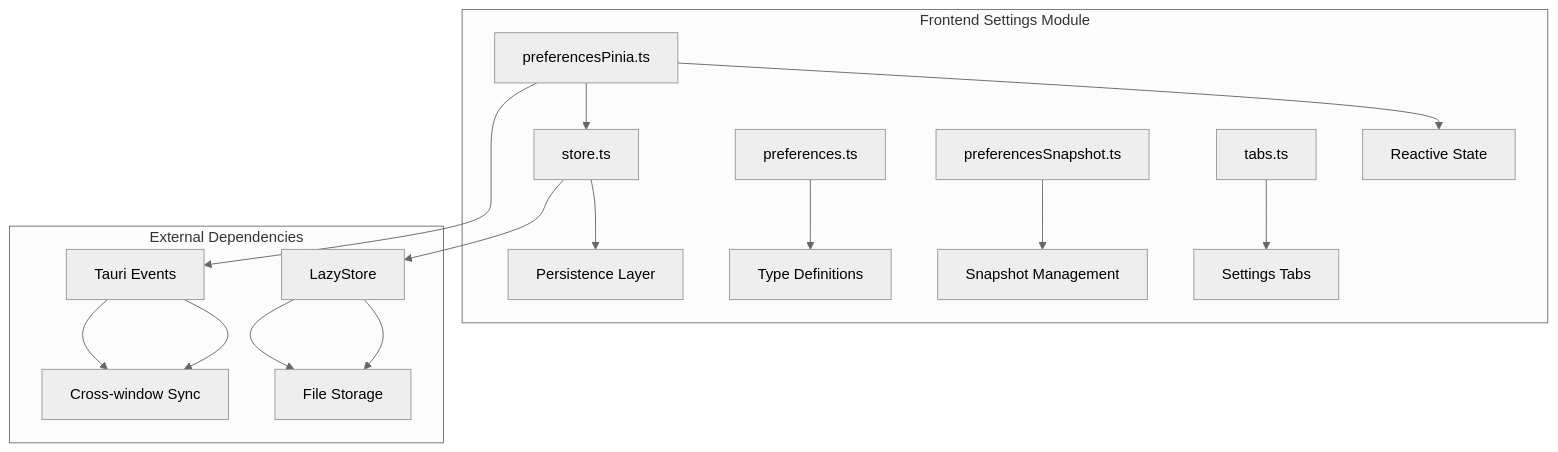
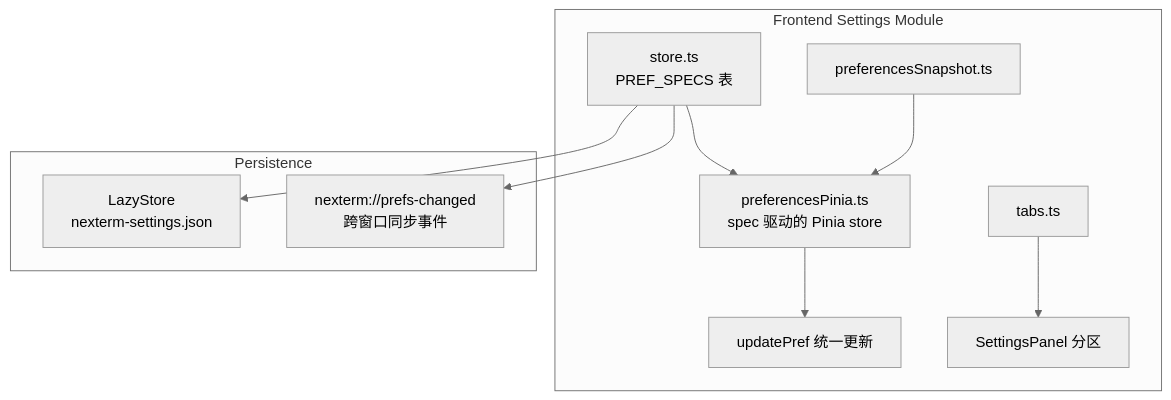
One commit to xinggaoya/nexterm changed the diagram in docs/architecture/settings/detailed-design.md. Above: the diagram before and after it, drawn with Mermaid (neutral theme). The commit also changed other lines of this file and 15 other files, not shown here.

First line of the commit message:
docs(architecture): 全面同步模块文档与实现现状

````diff
--- a/docs/architecture/settings/detailed-design.md
+++ b/docs/architecture/settings/detailed-design.md
@@ -7,21 +7,14 @@
 ```mermaid
 graph TB
     subgraph "Frontend Settings Module"
-        A[preferencesPinia.ts] --> B[Reactive State]
-        C[store.ts] --> D[Persistence Layer]
-        E[preferences.ts] --> F[Type Definitions]
-        G[preferencesSnapshot.ts] --> H[Snapshot Management]
-        I[tabs.ts] --> J[Settings Tabs]
+        A[preferencesPinia.ts<br/>spec 驱动的 Pinia store] --> B[updatePref 统一更新]
+        C[store.ts<br/>PREF_SPECS 表] --> A
+        D[preferencesSnapshot.ts] --> A
+        E[tabs.ts] --> F[SettingsPanel 分区]
     end
-    
-    subgraph "External Dependencies"
-        K[LazyStore] --> L[File Storage]
-        M[Tauri Events] --> N[Cross-window Sync]
+
+    subgraph "Persistence"
+        C --> G[LazyStore<br/>nexterm-settings.json]
+        C --> H[nexterm://prefs-changed<br/>跨窗口同步事件]
     end
-    
-    A --> C
-    C --> K
-    K --> L
-    A --> M
-    M --> N
 ```
````
